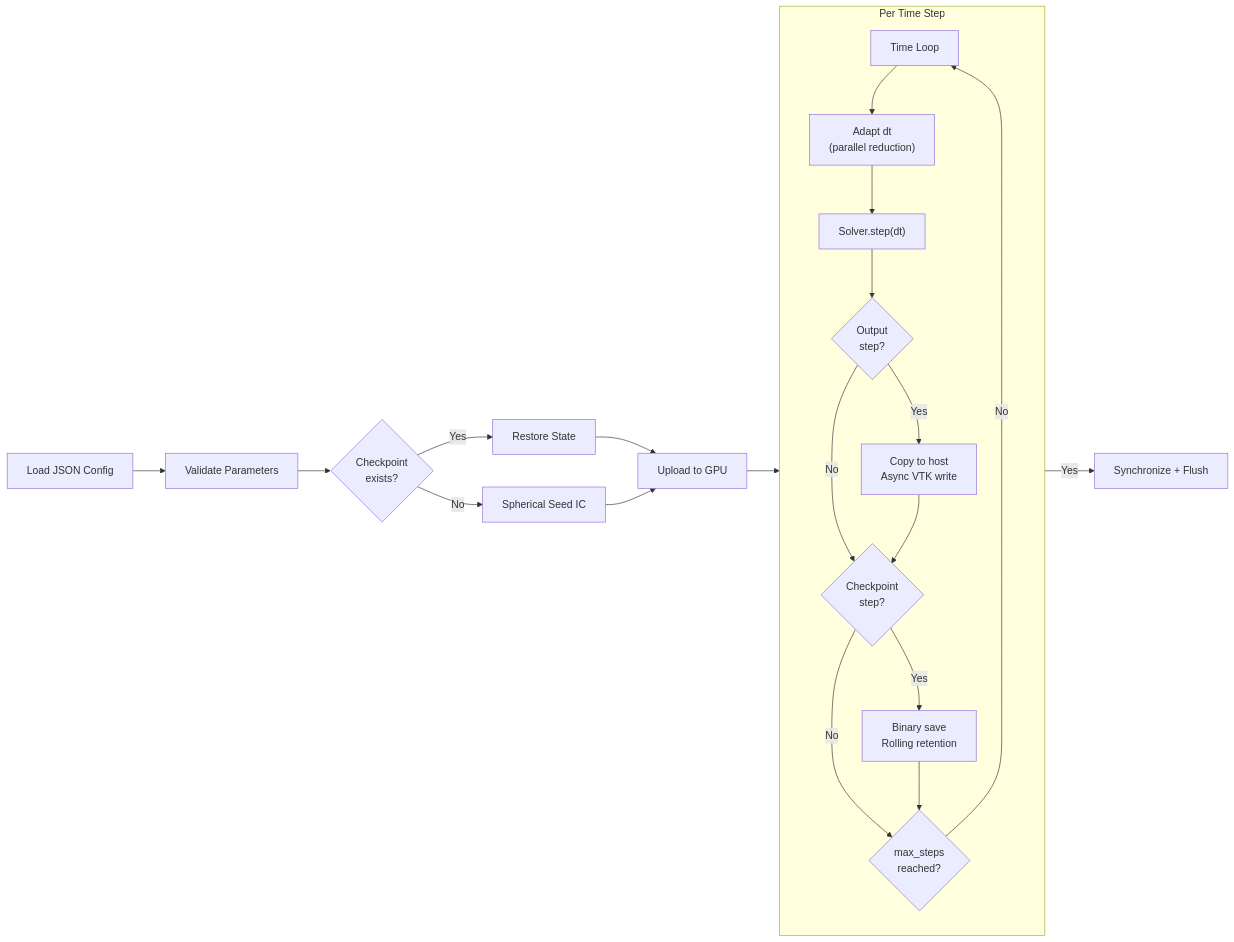
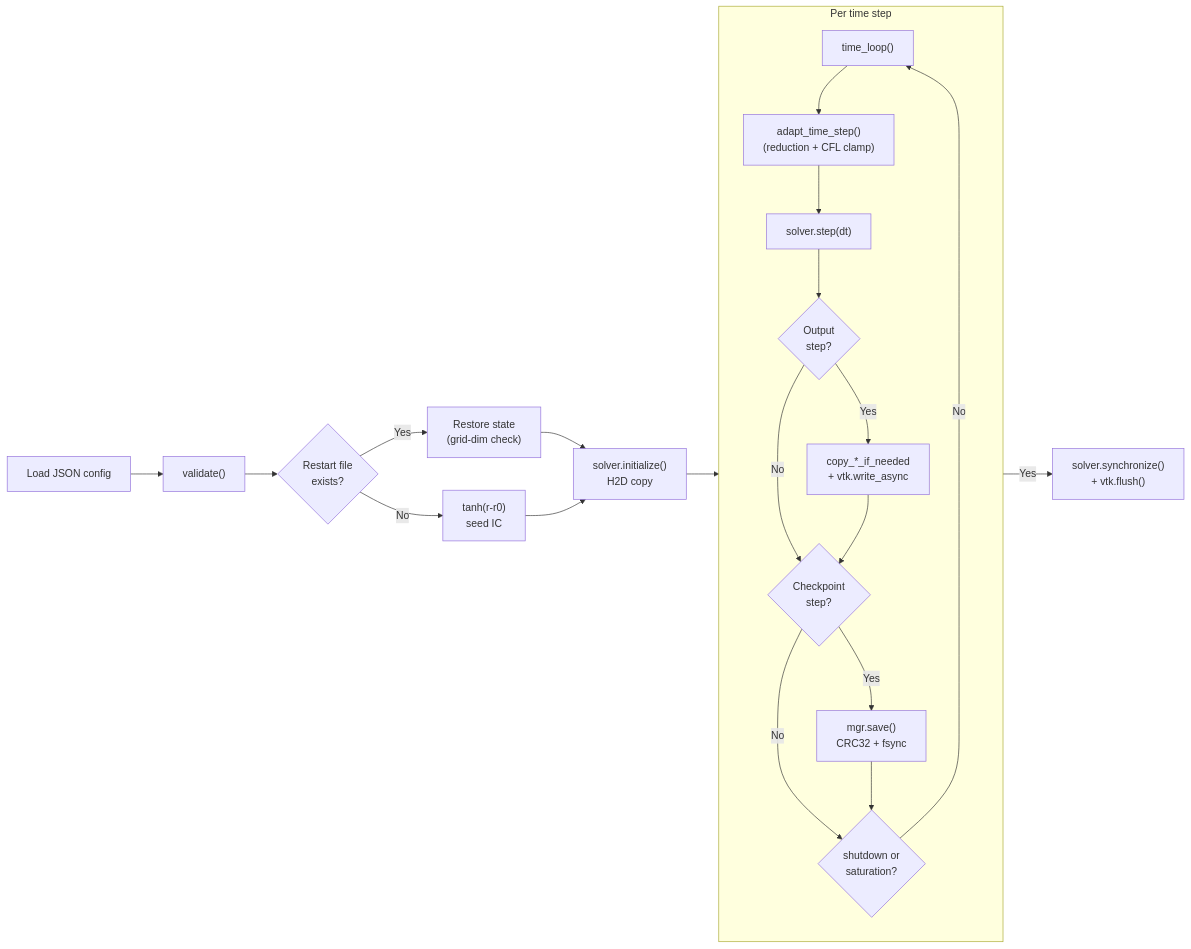
One commit to myousefi2016/Allen-Cahn-CUDA changed the second of 4 diagrams in README.md. Above: the diagram before and after it, drawn with Mermaid. The commit also changed other lines of this file and 3 other files, not shown here.

First line of the commit message:
Documentation: rewrite README, ARCHITECTURE, DESIGN, THEORY for full code parity

````diff
--- a/README.md
+++ b/README.md
@@ -78,26 +108,26 @@
 ```mermaid
 flowchart LR
-    A["Load JSON Config"] --> B["Validate Parameters"]
-    B --> C{"Checkpoint<br/>exists?"}
-    C -->|Yes| D["Restore State"]
-    C -->|No| E["Spherical Seed IC"]
-    D --> F["Upload to GPU"]
+    A["Load JSON config"] --> B["validate()"]
+    B --> C{"Restart file<br/>exists?"}
+    C -->|Yes| D["Restore state<br/>(grid-dim check)"]
+    C -->|No| E["tanh(r-r0)<br/>seed IC"]
+    D --> F["solver.initialize()<br/>H2D copy"]
     E --> F
-    F --> G["Time Loop"]
+    F --> G["time_loop()"]
 
-    subgraph TimeLoop["Per Time Step"]
+    subgraph TL["Per time step"]
         direction TB
-        G --> H["Adapt dt<br/>(parallel reduction)"]
-        H --> I["Solver.step(dt)"]
+        G --> H["adapt_time_step()<br/>(reduction + CFL clamp)"]
+        H --> I["solver.step(dt)"]
         I --> J{"Output<br/>step?"}
-        J -->|Yes| K["Copy to host<br/>Async VTK write"]
+        J -->|Yes| K["copy_*_if_needed<br/>+ vtk.write_async"]
         J -->|No| L{"Checkpoint<br/>step?"}
         K --> L
-        L -->|Yes| M["Binary save<br/>Rolling retention"]
-        L -->|No| N{"max_steps<br/>reached?"}
+        L -->|Yes| M["mgr.save()<br/>CRC32 + fsync"]
+        L -->|No| N{"shutdown or<br/>saturation?"}
         M --> N
         N -->|No| G
     end
 
-    N -->|Yes| O["Synchronize + Flush"]
+    N -->|Yes| O["solver.synchronize()<br/>+ vtk.flush()"]
 ```
````
